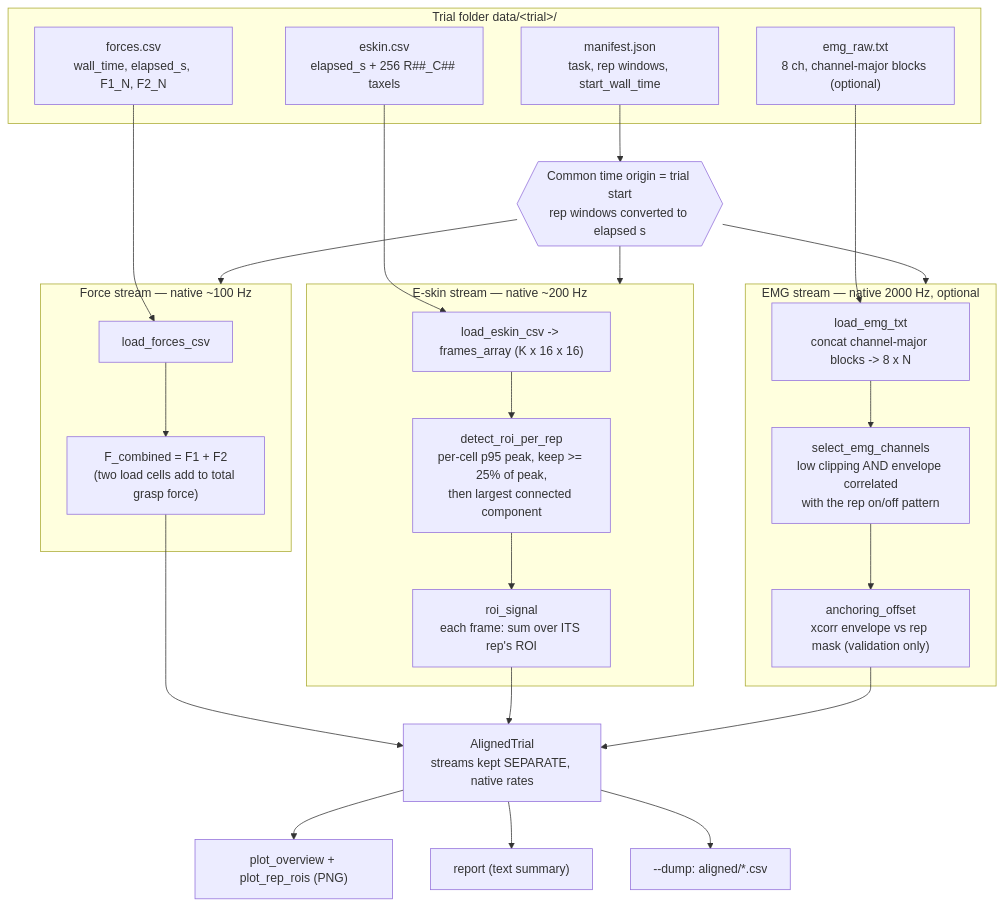
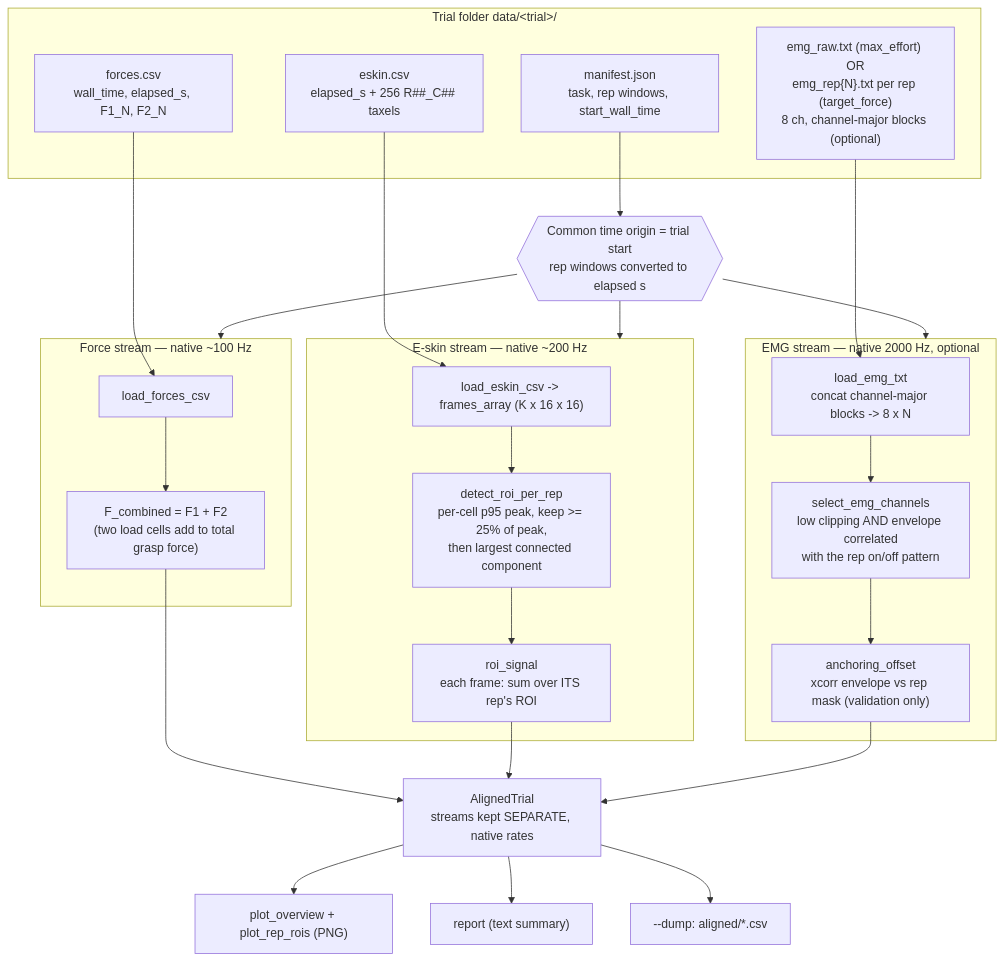
The diagram in docs/alignment_pipeline.md (pntoka/eskin-emg-mixer), drawn with Mermaid before and after one commit. The commit also changed other lines of this file and 231 other files, not shown here.

````diff
--- a/docs/alignment_pipeline.md
+++ b/docs/alignment_pipeline.md
@@ -18,40 +17,40 @@
 ```mermaid
 flowchart TD
     subgraph IN["Trial folder  data/&lt;trial&gt;/"]
         MAN["manifest.json<br/>task, rep windows, start_wall_time"]
         FCSV["forces.csv<br/>wall_time, elapsed_s, F1_N, F2_N"]
         ECSV["eskin.csv<br/>elapsed_s + 256 R##_C## taxels"]
-        ETXT["emg_raw.txt<br/>8 ch, channel-major blocks (optional)"]
+        ETXT["emg_raw.txt (max_effort) OR<br/>emg_rep{N}.txt per rep (target_force)<br/>8 ch, channel-major blocks (optional)"]
     end
 
     MAN --> ORIGIN{{"Common time origin = trial start<br/>rep windows converted to elapsed s"}}
 
     subgraph FORCE["Force stream — native ~100 Hz"]
         FCSV --> FLOAD["load_forces_csv"]
         FLOAD --> FSUM["F_combined = F1 + F2<br/>(two load cells add to total grasp force)"]
     end
 
     subgraph ESKIN["E-skin stream — native ~200 Hz"]
         ECSV --> ELOAD["load_eskin_csv -> frames_array (K x 16 x 16)"]
         ELOAD --> ROI["detect_roi_per_rep<br/>per-cell p95 peak, keep >= 25% of peak,<br/>then largest connected component"]
         ROI --> ESIG["roi_signal<br/>each frame: sum over ITS rep's ROI"]
     end
 
     subgraph EMG["EMG stream — native 2000 Hz, optional"]
         ETXT --> ELOAD2["load_emg_txt<br/>concat channel-major blocks -> 8 x N"]
         ELOAD2 --> ESEL["select_emg_channels<br/>low clipping AND envelope correlated<br/>with the rep on/off pattern"]
         ESEL --> EANCH["anchoring_offset<br/>xcorr envelope vs rep mask (validation only)"]
     end
 
     ORIGIN --> FORCE
     ORIGIN --> ESKIN
     ORIGIN --> EMG
 
     FSUM --> AT["AlignedTrial<br/>streams kept SEPARATE, native rates"]
     ESIG --> AT
     EANCH --> AT
 
     AT --> PLOT["plot_overview + plot_rep_rois (PNG)"]
     AT --> REP["report (text summary)"]
     AT --> DUMP["--dump: aligned/*.csv"]
 ```
````
